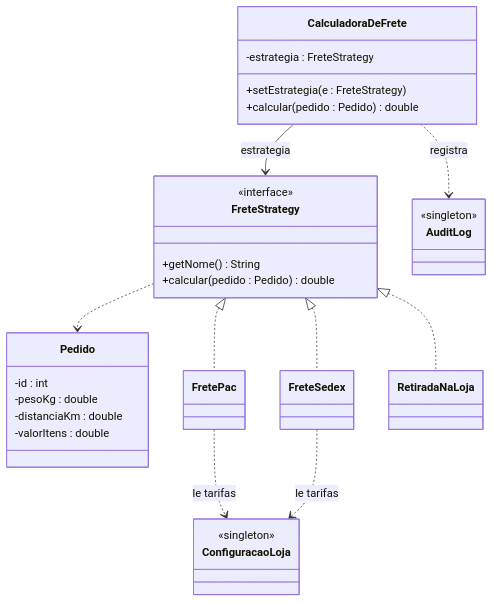
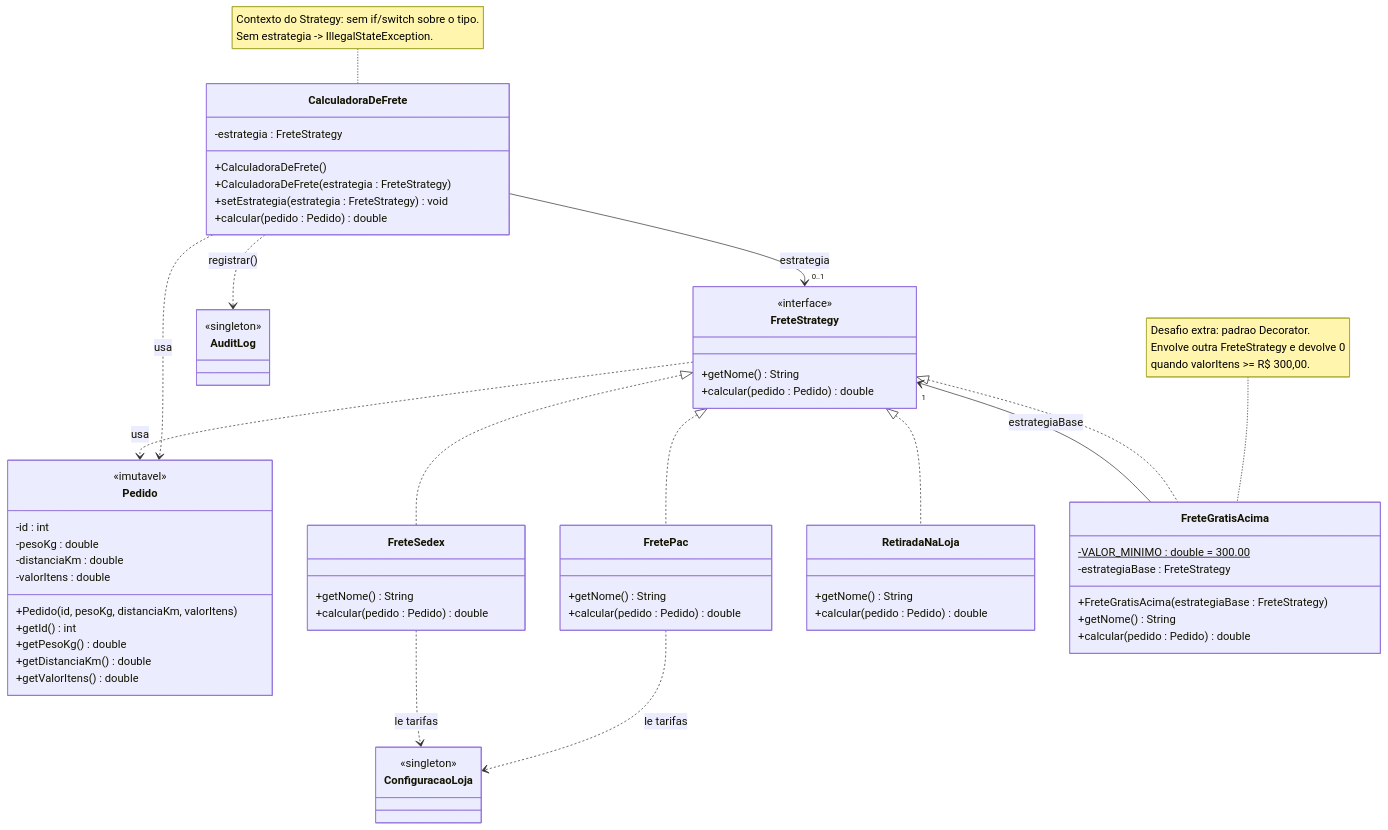
Before and after one commit to acairesm/frete-padroes: the diagram in docs/diagrama2-strategy.mmd, drawn with Mermaid. The commit also changed 4 other files, not shown here.

First line of the commit message:
docs: diagramas finais

```diff
--- a/docs/diagrama2-strategy.mmd
+++ b/docs/diagrama2-strategy.mmd
@@ -1,42 +1,73 @@
 classDiagram
-    %% Diagrama 2 - Strategy e integracao (versao inicial)
+    %% Diagrama 2 - Strategy e integracao (versao final, ajustada ao codigo)
 
     class Pedido {
+        <<imutavel>>
         -id : int
         -pesoKg : double
         -distanciaKm : double
         -valorItens : double
+        +Pedido(id, pesoKg, distanciaKm, valorItens)
+        +getId() int
+        +getPesoKg() double
+        +getDistanciaKm() double
+        +getValorItens() double
     }
 
     class FreteStrategy {
         <<interface>>
         +getNome() String
         +calcular(pedido : Pedido) double
     }
 
-    class FretePac
-    class FreteSedex
-    class RetiradaNaLoja
+    class FretePac {
+        +getNome() String
+        +calcular(pedido : Pedido) double
+    }
+    class FreteSedex {
+        +getNome() String
+        +calcular(pedido : Pedido) double
+    }
+    class RetiradaNaLoja {
+        +getNome() String
+        +calcular(pedido : Pedido) double
+    }
+    class FreteGratisAcima {
+        -VALOR_MINIMO : double = 300.00$
+        -estrategiaBase : FreteStrategy
+        +FreteGratisAcima(estrategiaBase : FreteStrategy)
+        +getNome() String
+        +calcular(pedido : Pedido) double
+    }
 
     class CalculadoraDeFrete {
         -estrategia : FreteStrategy
-        +setEstrategia(e : FreteStrategy)
+        +CalculadoraDeFrete()
+        +CalculadoraDeFrete(estrategia : FreteStrategy)
+        +setEstrategia(estrategia : FreteStrategy) void
         +calcular(pedido : Pedido) double
     }
 
     class ConfiguracaoLoja {
         <<singleton>>
     }
     class AuditLog {
         <<singleton>>
     }
 
     FreteStrategy <|.. FretePac
     FreteStrategy <|.. FreteSedex
     FreteStrategy <|.. RetiradaNaLoja
+    FreteStrategy <|.. FreteGratisAcima
 
-    CalculadoraDeFrete --> FreteStrategy : estrategia
-    CalculadoraDeFrete ..> AuditLog : registra
+    CalculadoraDeFrete --> "0..1" FreteStrategy : estrategia
+    FreteGratisAcima --> "1" FreteStrategy : estrategiaBase
+
+    CalculadoraDeFrete ..> AuditLog : registrar()
+    CalculadoraDeFrete ..> Pedido : usa
+    FreteStrategy ..> Pedido : usa
     FretePac ..> ConfiguracaoLoja : le tarifas
     FreteSedex ..> ConfiguracaoLoja : le tarifas
-    FreteStrategy ..> Pedido
+
+    note for FreteGratisAcima "Desafio extra: padrao Decorator.<br>Envolve outra FreteStrategy e devolve 0<br>quando valorItens >= R$ 300,00."
+    note for CalculadoraDeFrete "Contexto do Strategy: sem if/switch sobre o tipo.<br>Sem estrategia -> IllegalStateException."
```
